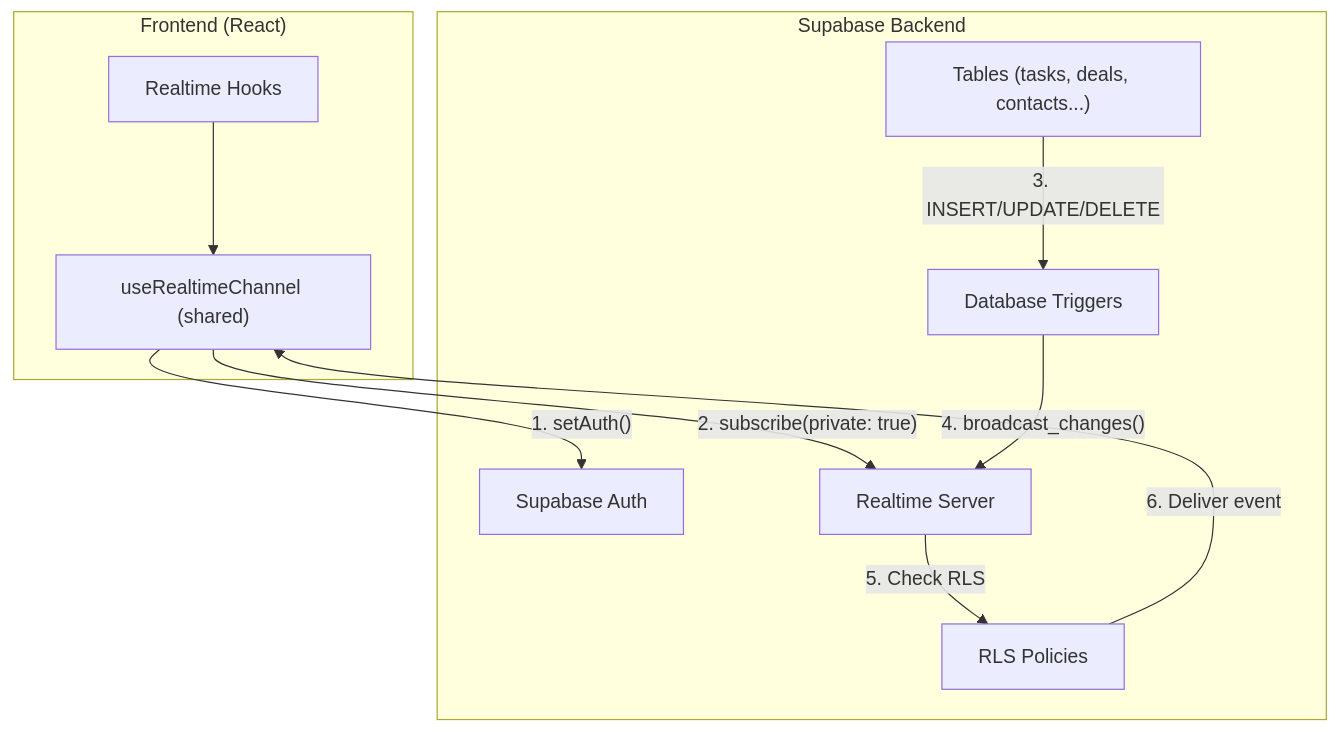
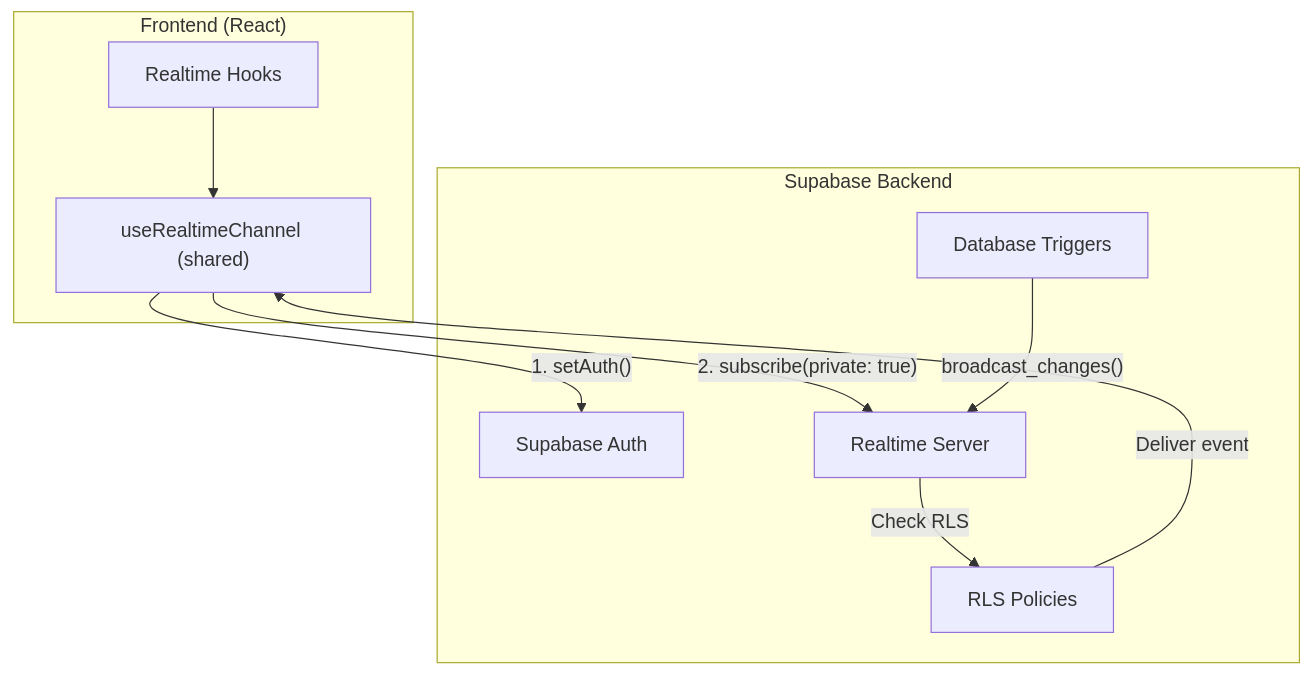
One commit to amo-tech-ai/rocket-path-ai changed the diagram in docs/tasks/README.md. Above: the diagram before and after it, drawn with Mermaid. The commit also changed other lines of this file and 13 other files, not shown here.

````diff
--- a/docs/tasks/README.md
+++ b/docs/tasks/README.md
@@ -15,23 +64,21 @@
 ```mermaid
 flowchart TB
     subgraph Frontend["Frontend (React)"]
         hooks["Realtime Hooks"]
         shared["useRealtimeChannel (shared)"]
         hooks --> shared
     end
     
     subgraph Supabase["Supabase Backend"]
         auth["Supabase Auth"]
         rls["RLS Policies"]
         triggers["Database Triggers"]
         realtime["Realtime Server"]
-        tables["Tables (tasks, deals, contacts...)"]
     end
     
     shared -->|"1. setAuth()"| auth
     shared -->|"2. subscribe(private: true)"| realtime
-    tables -->|"3. INSERT/UPDATE/DELETE"| triggers
-    triggers -->|"4. broadcast_changes()"| realtime
-    realtime -->|"5. Check RLS"| rls
-    rls -->|"6. Deliver event"| shared
+    triggers -->|"broadcast_changes()"| realtime
+    realtime -->|"Check RLS"| rls
+    rls -->|"Deliver event"| shared
 ```
````
